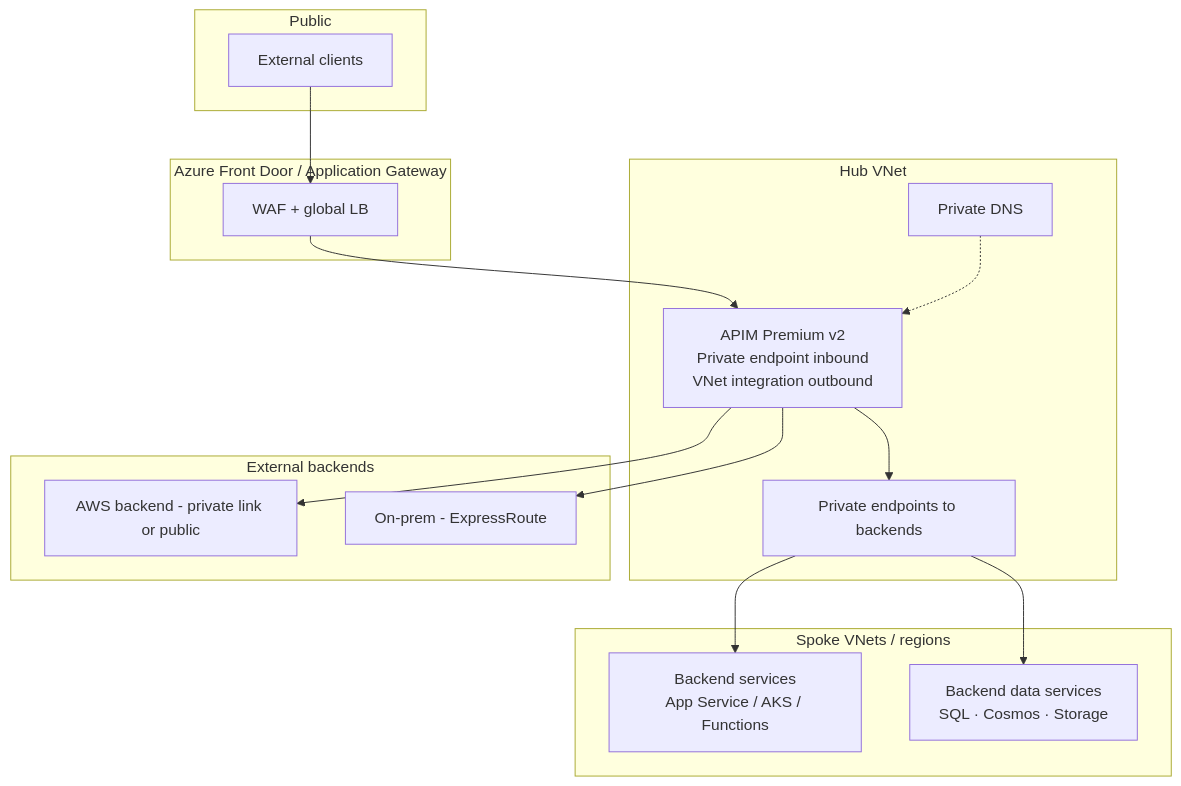
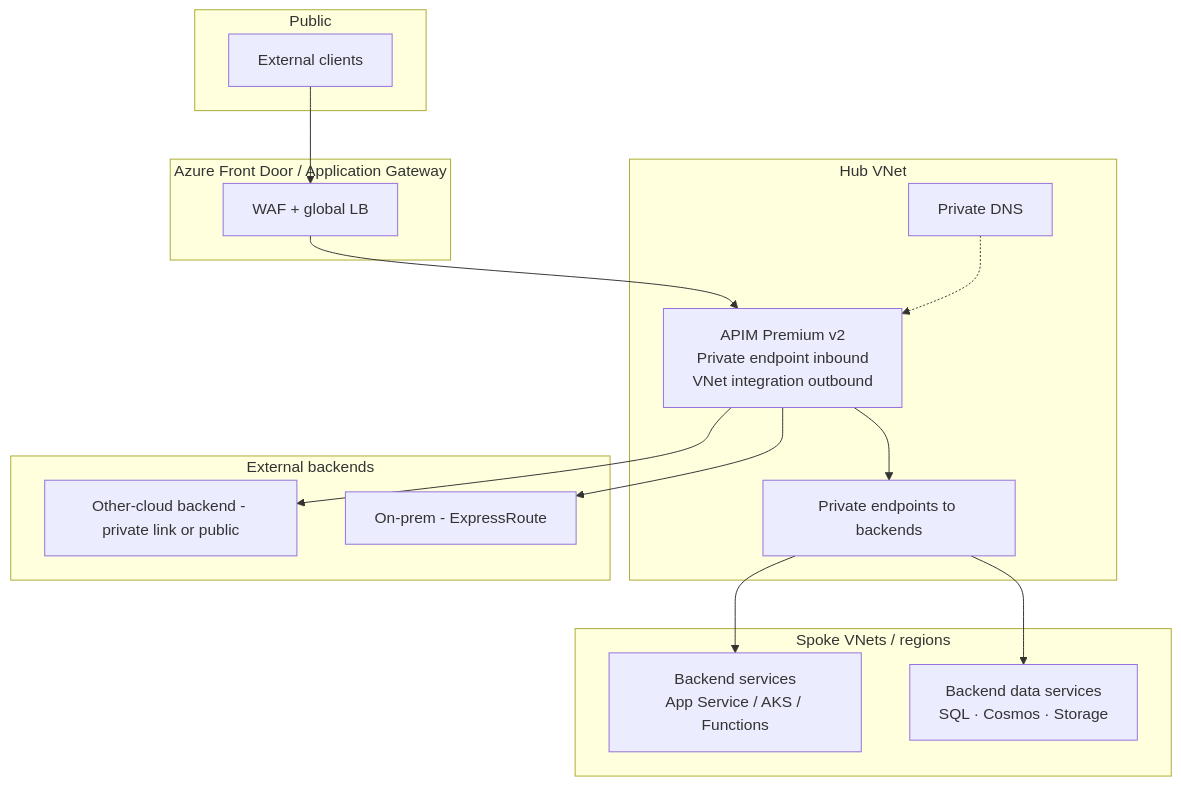
The diagram in docs/guides/apim-universal-gateway.md (fgarofalo56/csa-inabox), drawn with Mermaid before and after one commit. The commit also changed other lines of this file and 3 other files, not shown here.

````diff
--- a/docs/guides/apim-universal-gateway.md
+++ b/docs/guides/apim-universal-gateway.md
@@ -69,35 +72,35 @@
 ```mermaid
 graph TB
     subgraph Internet["Public"]
         EXT[External clients]
     end
 
     subgraph FrontDoor["Azure Front Door / Application Gateway"]
         AFD[WAF + global LB]
     end
 
     subgraph Hub["Hub VNet"]
         APIM[APIM Premium v2<br/>Private endpoint inbound<br/>VNet integration outbound]
         PE[Private endpoints to backends]
         DNS[Private DNS]
     end
 
     subgraph Spokes["Spoke VNets / regions"]
         BE1[Backend services<br/>App Service / AKS / Functions]
         BE2[Backend data services<br/>SQL · Cosmos · Storage]
     end
 
     subgraph External["External backends"]
-        AWS[AWS backend - private link or public]
+        XCLOUD[Other-cloud backend - private link or public]
         ONPREM[On-prem - ExpressRoute]
     end
 
     EXT --> AFD
     AFD --> APIM
     APIM --> PE
     PE --> BE1
     PE --> BE2
-    APIM --> AWS
+    APIM --> XCLOUD
     APIM --> ONPREM
     DNS -.-> APIM
 ```
````
